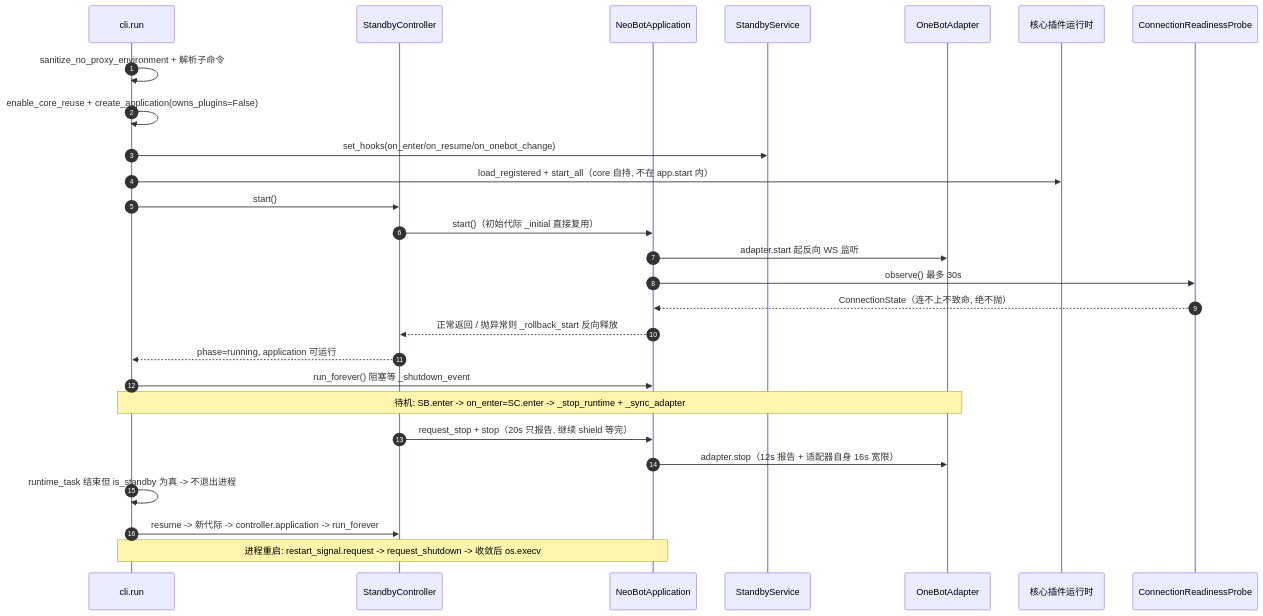
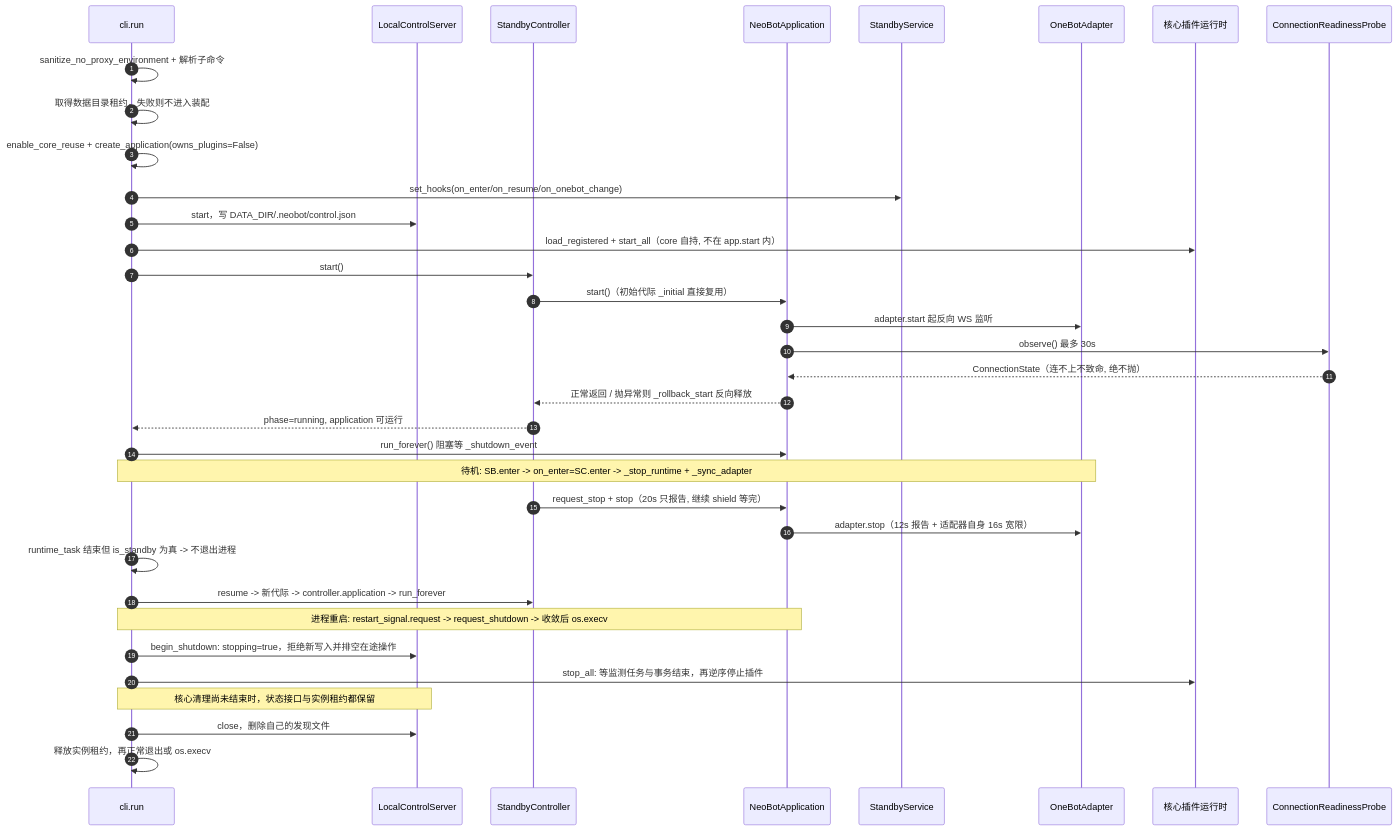
Before and after one commit to ABPolaris/NeoBot: the second of 13 diagrams in docs/flow/01-startup-shutdown.md, drawn with Mermaid. The commit also changed other lines of this file and 381 other files, not shown here.

````diff
--- a/docs/flow/01-startup-shutdown.md
+++ b/docs/flow/01-startup-shutdown.md
@@ -106,30 +119,38 @@
 ```mermaid
 sequenceDiagram
     autonumber
     participant CLI as cli.run
+    participant LC as LocalControlServer
     participant SC as StandbyController
     participant APP as NeoBotApplication
     participant SB as StandbyService
     participant AD as OneBotAdapter
     participant PR as 核心插件运行时
     participant PB as ConnectionReadinessProbe
 
     CLI->>CLI: sanitize_no_proxy_environment + 解析子命令
+    CLI->>CLI: 取得数据目录租约，失败则不进入装配
     CLI->>CLI: enable_core_reuse + create_application(owns_plugins=False)
     CLI->>SB: set_hooks(on_enter/on_resume/on_onebot_change)
+    CLI->>LC: start，写 DATA_DIR/.neobot/control.json
     CLI->>PR: load_registered + start_all（core 自持, 不在 app.start 内）
     CLI->>SC: start()
     SC->>APP: start()（初始代际 _initial 直接复用）
     APP->>AD: adapter.start 起反向 WS 监听
     APP->>PB: observe() 最多 30s
     PB-->>APP: ConnectionState（连不上不致命, 绝不抛）
     APP-->>SC: 正常返回 / 抛异常则 _rollback_start 反向释放
     SC-->>CLI: phase=running, application 可运行
     CLI->>APP: run_forever() 阻塞等 _shutdown_event
     Note over CLI,AD: 待机: SB.enter -> on_enter=SC.enter -> _stop_runtime + _sync_adapter
     SC->>APP: request_stop + stop（20s 只报告, 继续 shield 等完）
     APP->>AD: adapter.stop（12s 报告 + 适配器自身 16s 宽限）
     CLI->>CLI: runtime_task 结束但 is_standby 为真 -> 不退出进程
     CLI->>SC: resume -> 新代际 -> controller.application -> run_forever
     Note over CLI,APP: 进程重启: restart_signal.request -> request_shutdown -> 收敛后 os.execv
+    CLI->>LC: begin_shutdown: stopping=true，拒绝新写入并排空在途操作
+    CLI->>PR: stop_all: 等监测任务与事务结束，再逆序停止插件
+    Note over CLI,LC: 核心清理尚未结束时，状态接口与实例租约都保留
+    CLI->>LC: close，删除自己的发现文件
+    CLI->>CLI: 释放实例租约，再正常退出或 os.execv
 ```
````
